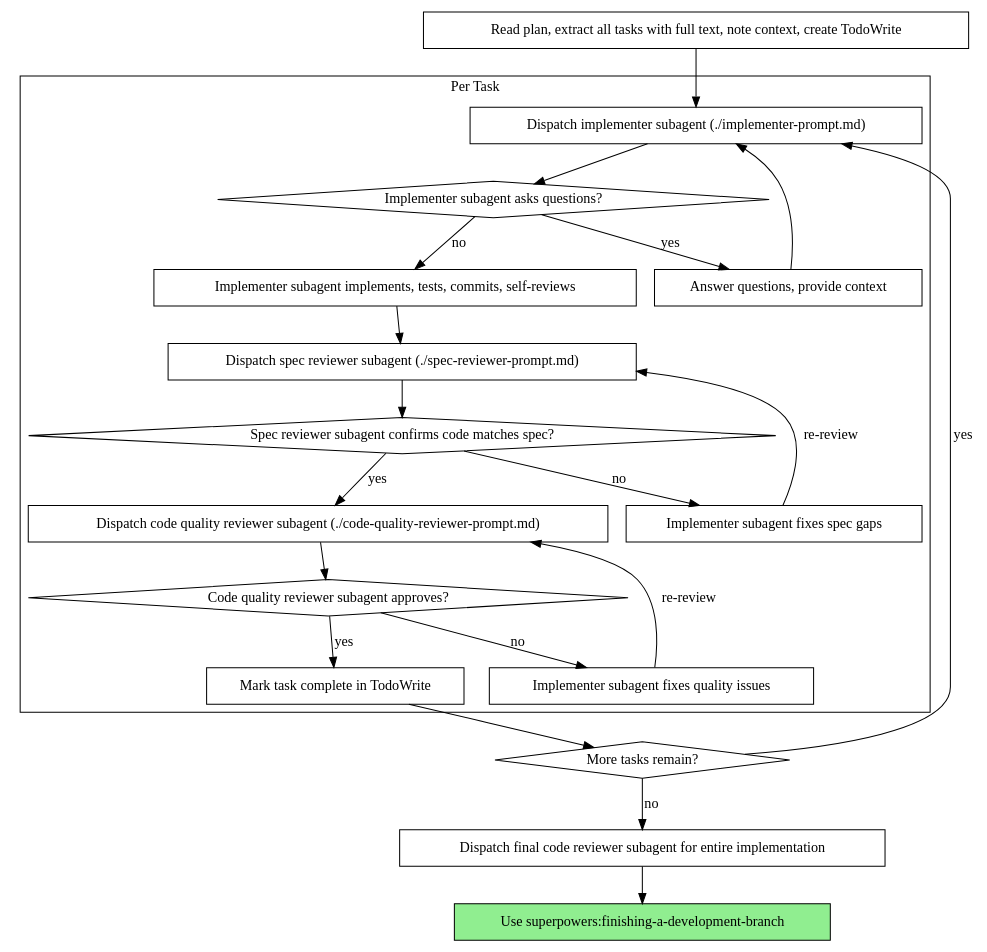
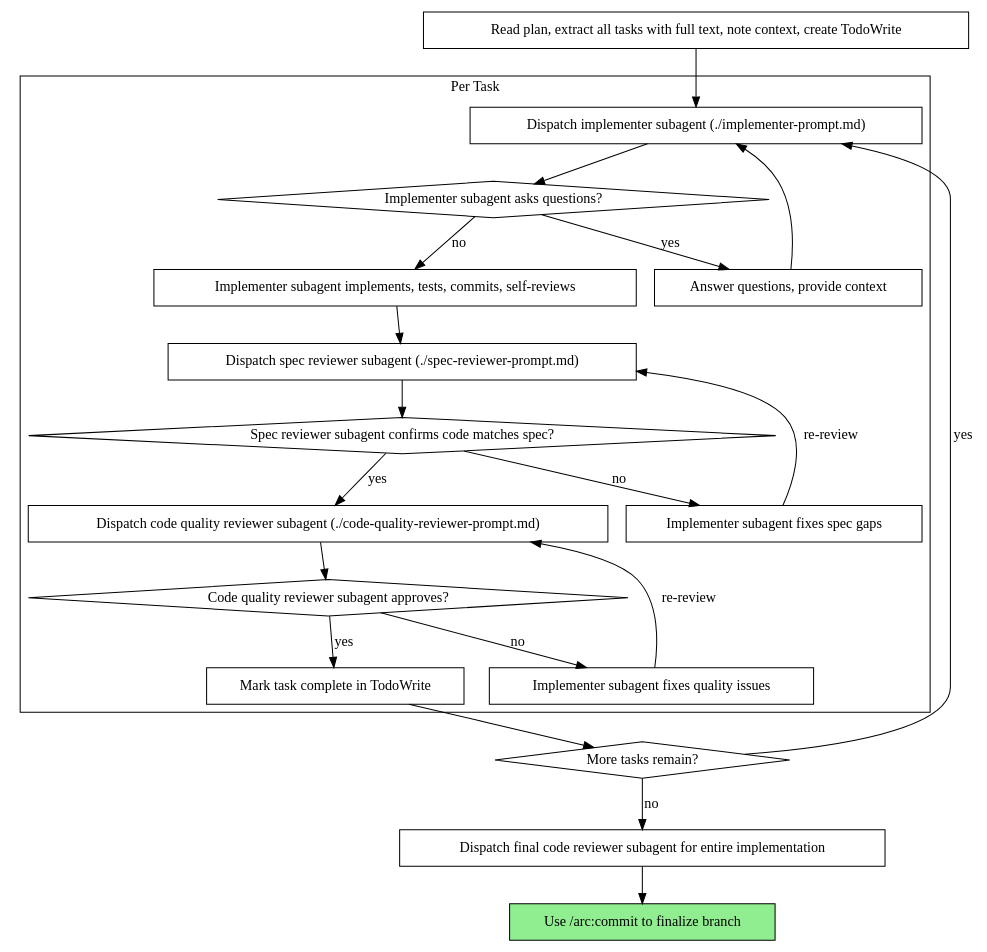
Before and after one commit to howells/ideate: the second of 2 diagrams in disciplines/subagent-driven-development.md, drawn with Graphviz. The commit also changed other lines of this file and 5 other files, not shown here.

````diff
--- a/disciplines/subagent-driven-development.md
+++ b/disciplines/subagent-driven-development.md
@@ -40,44 +40,44 @@
 ```dot
 digraph process {
     rankdir=TB;
 
     subgraph cluster_per_task {
         label="Per Task";
         "Dispatch implementer subagent (./implementer-prompt.md)" [shape=box];
         "Implementer subagent asks questions?" [shape=diamond];
         "Answer questions, provide context" [shape=box];
         "Implementer subagent implements, tests, commits, self-reviews" [shape=box];
         "Dispatch spec reviewer subagent (./spec-reviewer-prompt.md)" [shape=box];
         "Spec reviewer subagent confirms code matches spec?" [shape=diamond];
         "Implementer subagent fixes spec gaps" [shape=box];
         "Dispatch code quality reviewer subagent (./code-quality-reviewer-prompt.md)" [shape=box];
         "Code quality reviewer subagent approves?" [shape=diamond];
         "Implementer subagent fixes quality issues" [shape=box];
         "Mark task complete in TodoWrite" [shape=box];
     }
 
     "Read plan, extract all tasks with full text, note context, create TodoWrite" [shape=box];
     "More tasks remain?" [shape=diamond];
     "Dispatch final code reviewer subagent for entire implementation" [shape=box];
-    "Use superpowers:finishing-a-development-branch" [shape=box style=filled fillcolor=lightgreen];
+    "Use /arc:commit to finalize branch" [shape=box style=filled fillcolor=lightgreen];
 
     "Read plan, extract all tasks with full text, note context, create TodoWrite" -> "Dispatch implementer subagent (./implementer-prompt.md)";
     "Dispatch implementer subagent (./implementer-prompt.md)" -> "Implementer subagent asks questions?";
     "Implementer subagent asks questions?" -> "Answer questions, provide context" [label="yes"];
     "Answer questions, provide context" -> "Dispatch implementer subagent (./implementer-prompt.md)";
     "Implementer subagent asks questions?" -> "Implementer subagent implements, tests, commits, self-reviews" [label="no"];
     "Implementer subagent implements, tests, commits, self-reviews" -> "Dispatch spec reviewer subagent (./spec-reviewer-prompt.md)";
     "Dispatch spec reviewer subagent (./spec-reviewer-prompt.md)" -> "Spec reviewer subagent confirms code matches spec?";
     "Spec reviewer subagent confirms code matches spec?" -> "Implementer subagent fixes spec gaps" [label="no"];
     "Implementer subagent fixes spec gaps" -> "Dispatch spec reviewer subagent (./spec-reviewer-prompt.md)" [label="re-review"];
     "Spec reviewer subagent confirms code matches spec?" -> "Dispatch code quality reviewer subagent (./code-quality-reviewer-prompt.md)" [label="yes"];
     "Dispatch code quality reviewer subagent (./code-quality-reviewer-prompt.md)" -> "Code quality reviewer subagent approves?";
     "Code quality reviewer subagent approves?" -> "Implementer subagent fixes quality issues" [label="no"];
     "Implementer subagent fixes quality issues" -> "Dispatch code quality reviewer subagent (./code-quality-reviewer-prompt.md)" [label="re-review"];
     "Code quality reviewer subagent approves?" -> "Mark task complete in TodoWrite" [label="yes"];
     "Mark task complete in TodoWrite" -> "More tasks remain?";
     "More tasks remain?" -> "Dispatch implementer subagent (./implementer-prompt.md)" [label="yes"];
     "More tasks remain?" -> "Dispatch final code reviewer subagent for entire implementation" [label="no"];
-    "Dispatch final code reviewer subagent for entire implementation" -> "Use superpowers:finishing-a-development-branch";
+    "Dispatch final code reviewer subagent for entire implementation" -> "Use /arc:commit to finalize branch";
 }
 ```
````
